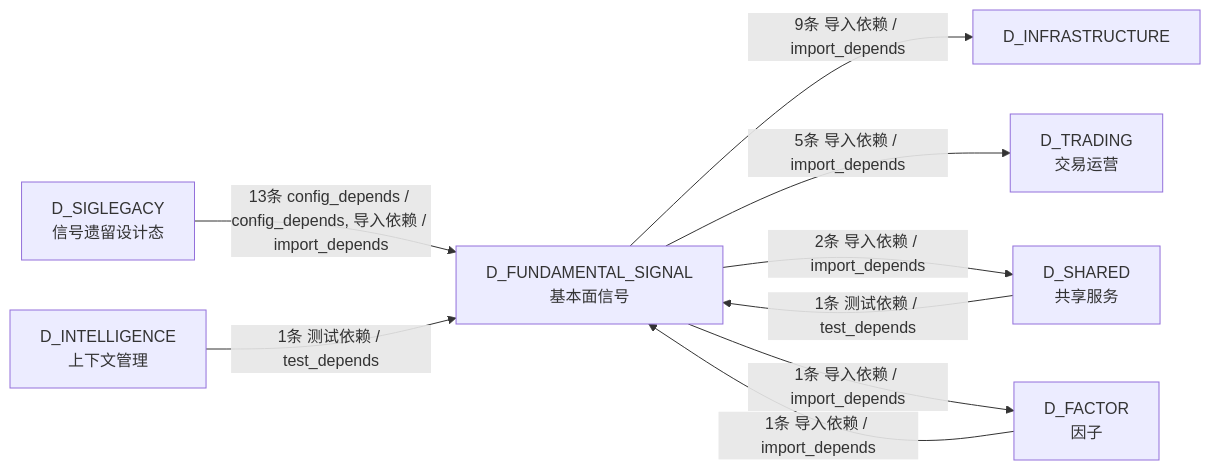
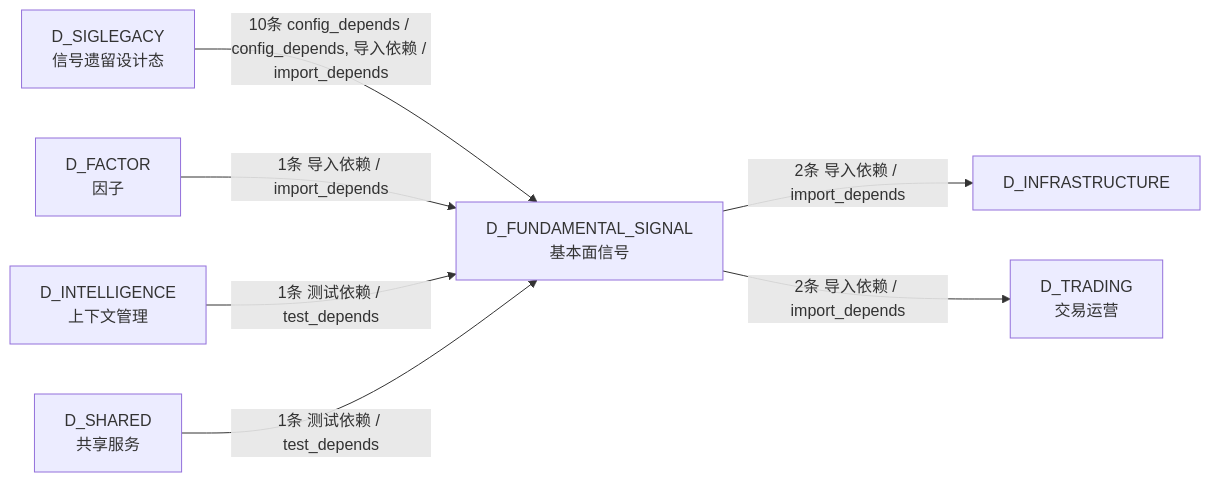
Before and after one commit to xuanFelixVan/ZephyrAlpha: the fourth of 4 diagrams in docs/02_enterprise_architecture/02_domain_architecture_docs/37_d_fundamental_signal.md, drawn with Mermaid. The commit also changed other lines of this file and 126 other files, not shown here.

````diff
--- a/docs/02_enterprise_architecture/02_domain_architecture_docs/37_d_fundamental_signal.md
+++ b/docs/02_enterprise_architecture/02_domain_architecture_docs/37_d_fundamental_signal.md
@@ -280,18 +229,16 @@
 ```mermaid
 graph LR
     D_FUNDAMENTAL_SIGNAL["D_FUNDAMENTAL_SIGNAL<br/>基本面信号"]
     D_INFRASTRUCTURE["D_INFRASTRUCTURE"]
     D_TRADING["D_TRADING<br/>交易运营"]
+    D_SIGLEGACY["D_SIGLEGACY<br/>信号遗留设计态"]
+    D_FACTOR["D_FACTOR<br/>因子"]
+    D_INTELLIGENCE["D_INTELLIGENCE<br/>上下文管理"]
     D_SHARED["D_SHARED<br/>共享服务"]
-    D_FACTOR["D_FACTOR<br/>因子"]
-    D_SIGLEGACY["D_SIGLEGACY<br/>信号遗留设计态"]
-    D_INTELLIGENCE["D_INTELLIGENCE<br/>上下文管理"]
-    D_FUNDAMENTAL_SIGNAL -->|9条 导入依赖 / import_depends| D_INFRASTRUCTURE
-    D_FUNDAMENTAL_SIGNAL -->|5条 导入依赖 / import_depends| D_TRADING
-    D_FUNDAMENTAL_SIGNAL -->|2条 导入依赖 / import_depends| D_SHARED
-    D_FUNDAMENTAL_SIGNAL -->|1条 导入依赖 / import_depends| D_FACTOR
-    D_SIGLEGACY -->|13条 config_depends / config_depends, 导入依赖 / import_depends| D_FUNDAMENTAL_SIGNAL
+    D_FUNDAMENTAL_SIGNAL -->|2条 导入依赖 / import_depends| D_INFRASTRUCTURE
+    D_FUNDAMENTAL_SIGNAL -->|2条 导入依赖 / import_depends| D_TRADING
+    D_SIGLEGACY -->|10条 config_depends / config_depends, 导入依赖 / import_depends| D_FUNDAMENTAL_SIGNAL
     D_FACTOR -->|1条 导入依赖 / import_depends| D_FUNDAMENTAL_SIGNAL
     D_INTELLIGENCE -->|1条 测试依赖 / test_depends| D_FUNDAMENTAL_SIGNAL
     D_SHARED -->|1条 测试依赖 / test_depends| D_FUNDAMENTAL_SIGNAL
 ```
````
